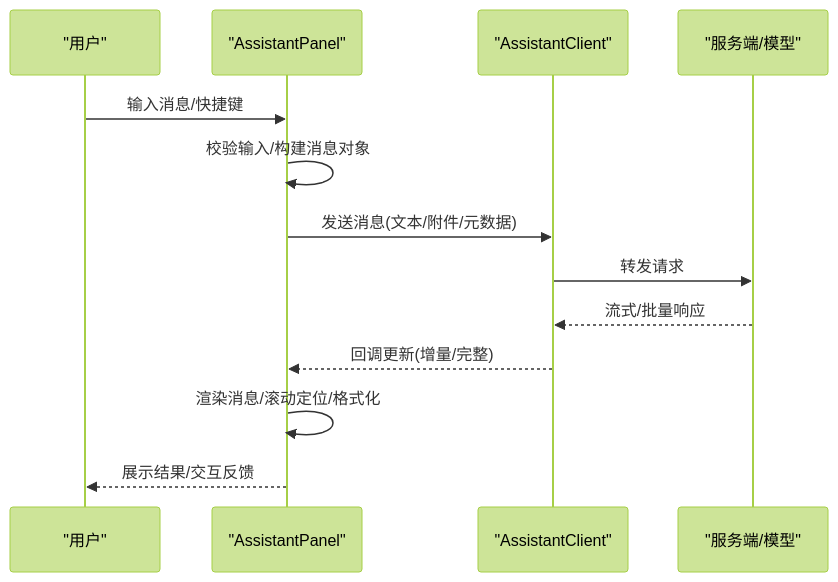
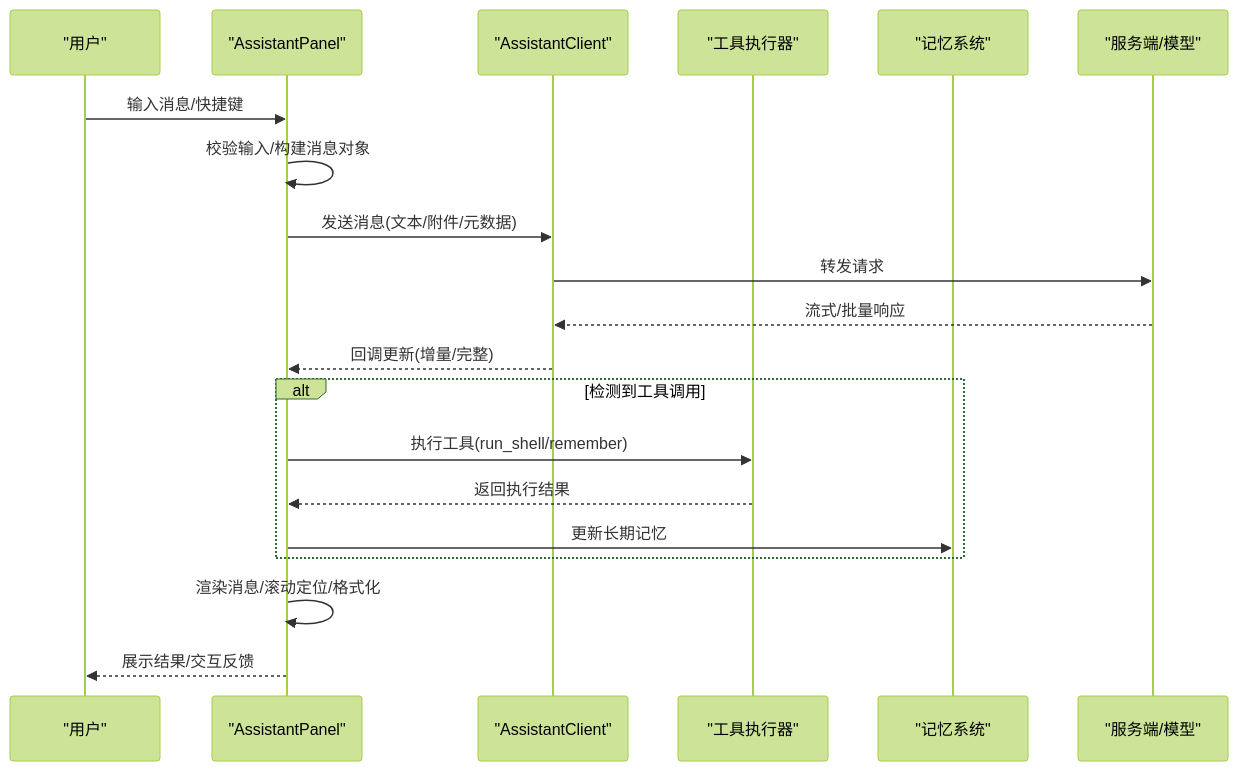
Before and after one commit to Wumiu/Petra: the second of 3 diagrams in .qoder/repowiki/zh/content/AI助手模块/AssistantPanel用户界面.md, drawn with Mermaid (forest theme). The commit also changed other lines of this file and 45 other files, not shown here.

````diff
--- a/.qoder/repowiki/zh/content/AI助手模块/AssistantPanel用户界面.md
+++ b/.qoder/repowiki/zh/content/AI助手模块/AssistantPanel用户界面.md
@@ -77,15 +94,22 @@
 ```mermaid
 sequenceDiagram
 participant U as "用户"
 participant P as "AssistantPanel"
 participant C as "AssistantClient"
+participant T as "工具执行器"
+participant M as "记忆系统"
 participant S as "服务端/模型"
 U->>P : 输入消息/快捷键
 P->>P : 校验输入/构建消息对象
 P->>C : 发送消息(文本/附件/元数据)
 C->>S : 转发请求
 S-->>C : 流式/批量响应
 C-->>P : 回调更新(增量/完整)
+alt 检测到工具调用
+P->>T : 执行工具(run_shell/remember)
+T-->>P : 返回执行结果
+P->>M : 更新长期记忆
+end
 P->>P : 渲染消息/滚动定位/格式化
 P-->>U : 展示结果/交互反馈
 ```
````
